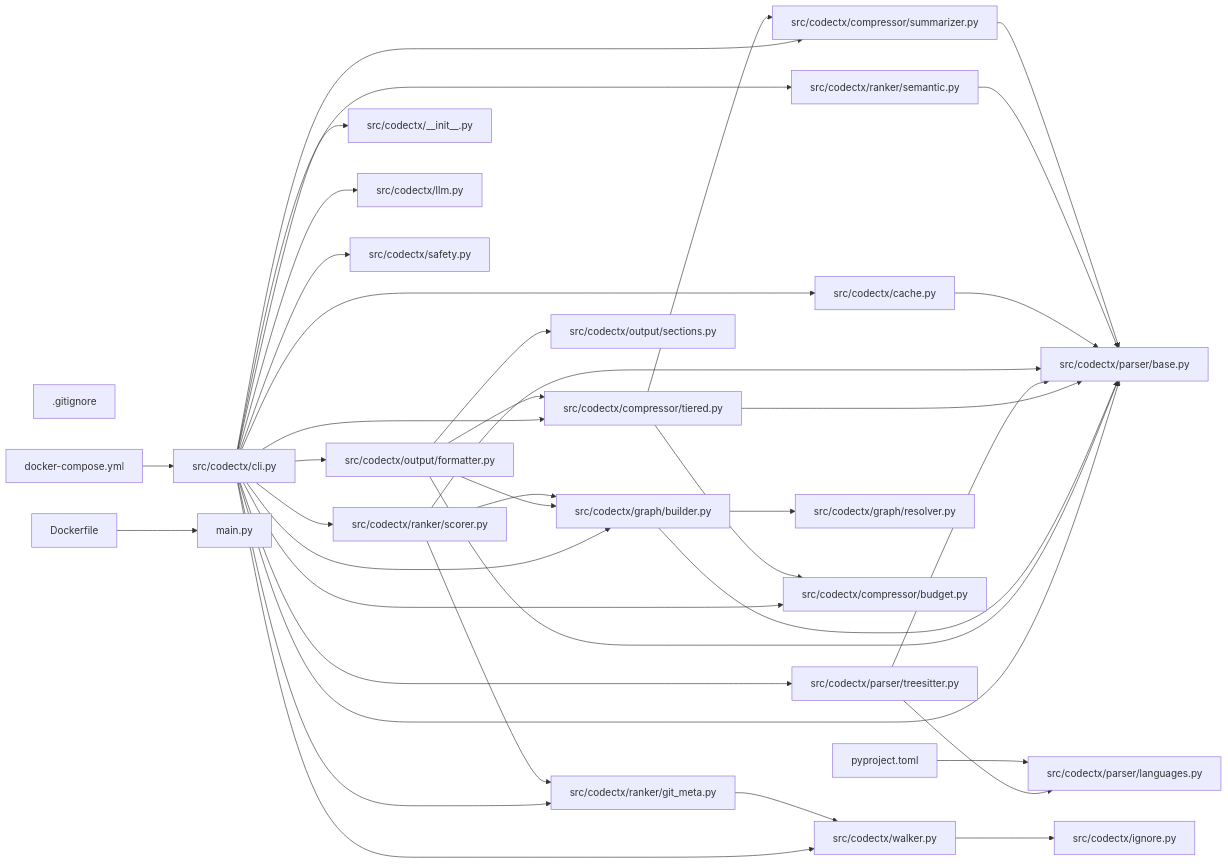
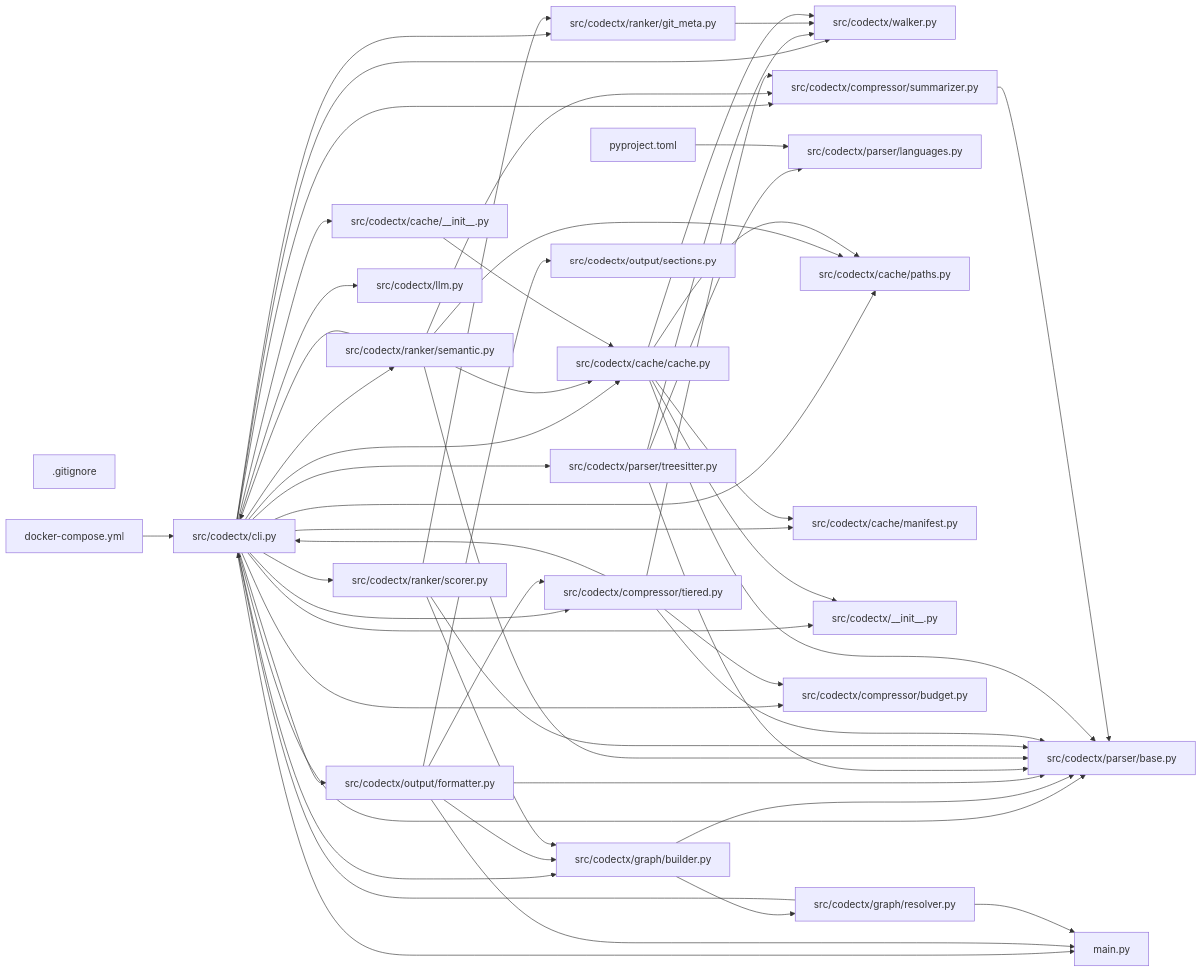
One commit to hey-granth/codectx changed the diagram in CONTEXT.md. Above: the diagram before and after it, drawn with Mermaid. The commit also changed other lines of this file and 7 other files, not shown here.

````diff
--- a/CONTEXT.md
+++ b/CONTEXT.md
@@ -952,65 +939,80 @@
 ```mermaid
 graph LR
     f0["src/codectx/cli.py"]
-    f1["src/codectx/parser/base.py"]
-    f2["src/codectx/output/formatter.py"]
+    f1["src/codectx/graph/builder.py"]
+    f2["src/codectx/parser/base.py"]
     f3["main.py"]
-    f4["src/codectx/graph/builder.py"]
-    f5["src/codectx/compressor/tiered.py"]
-    f6["src/codectx/walker.py"]
-    f7["src/codectx/parser/treesitter.py"]
-    f8["pyproject.toml"]
-    f9["src/codectx/ranker/git_meta.py"]
-    f10["src/codectx/ranker/scorer.py"]
-    f11["src/codectx/cache.py"]
-    f12["src/codectx/ranker/semantic.py"]
-    f13["src/codectx/parser/languages.py"]
-    f14["src/codectx/output/sections.py"]
-    f15["src/codectx/graph/resolver.py"]
-    f16["src/codectx/__init__.py"]
-    f17["src/codectx/llm.py"]
-    f18["src/codectx/compressor/budget.py"]
-    f19["src/codectx/compressor/summarizer.py"]
-    f20[".gitignore"]
-    f21["docker-compose.yml"]
-    f22["src/codectx/safety.py"]
-    f23["Dockerfile"]
-    f24["src/codectx/ignore.py"]
+    f4["src/codectx/output/formatter.py"]
+    f5["src/codectx/parser/treesitter.py"]
+    f6["pyproject.toml"]
+    f7["src/codectx/ranker/semantic.py"]
+    f8["src/codectx/ranker/scorer.py"]
+    f9["src/codectx/compressor/tiered.py"]
+    f10["src/codectx/walker.py"]
+    f11["src/codectx/graph/resolver.py"]
+    f12["src/codectx/ranker/git_meta.py"]
+    f13["src/codectx/cache/cache.py"]
+    f14["src/codectx/parser/languages.py"]
+    f15["src/codectx/cache/paths.py"]
+    f16["src/codectx/cache/manifest.py"]
+    f17["src/codectx/output/sections.py"]
+    f18["src/codectx/cache/__init__.py"]
+    f19["src/codectx/llm.py"]
+    f20["src/codectx/__init__.py"]
+    f21["src/codectx/compressor/summarizer.py"]
+    f22[".gitignore"]
+    f23["src/codectx/compressor/budget.py"]
+    f24["docker-compose.yml"]
+    f0 --> f3
+    f0 --> f21
+    f0 --> f13
+    f0 --> f16
+    f0 --> f15
+    f0 --> f2
+    f0 --> f7
+    f0 --> f9
+    f0 --> f23
+    f0 --> f8
+    f0 --> f12
+    f0 --> f1
+    f0 --> f5
+    f0 --> f10
+    f0 --> f18
     f0 --> f19
-    f0 --> f22
-    f0 --> f1
-    f0 --> f11
-    f0 --> f12
-    f0 --> f5
-    f0 --> f18
-    f0 --> f10
-    f0 --> f9
     f0 --> f4
-    f0 --> f7
-    f0 --> f6
-    f0 --> f17
-    f0 --> f2
-    f0 --> f16
-    f2 --> f1
-    f2 --> f14
-    f2 --> f4
-    f2 --> f5
+    f0 --> f20
+    f1 --> f2
+    f1 --> f11
+    f4 --> f3
+    f4 --> f2
+    f4 --> f17
     f4 --> f1
-    f4 --> f15
-    f5 --> f19
-    f5 --> f1
-    f5 --> f18
-    f6 --> f24
+    f4 --> f9
+    f5 --> f10
+    f5 --> f14
+    f5 --> f2
+    f6 --> f14
+    f7 --> f0
+    f7 --> f21
     f7 --> f13
-    f7 --> f1
-    f8 --> f13
-    f9 --> f6
-    f10 --> f9
-    f10 --> f1
-    f10 --> f4
-    f11 --> f1
-    f12 --> f1
-    f19 --> f1
-    f21 --> f0
-    f23 --> f3
+    f7 --> f2
+    f7 --> f15
+    f8 --> f12
+    f8 --> f2
+    f8 --> f1
+    f9 --> f0
+    f9 --> f21
+    f9 --> f2
+    f9 --> f23
+    f11 --> f0
+    f11 --> f3
+    f12 --> f10
+    f13 --> f10
+    f13 --> f15
+    f13 --> f16
+    f13 --> f20
+    f13 --> f2
+    f18 --> f13
+    f21 --> f2
+    f24 --> f0
 ```
````
